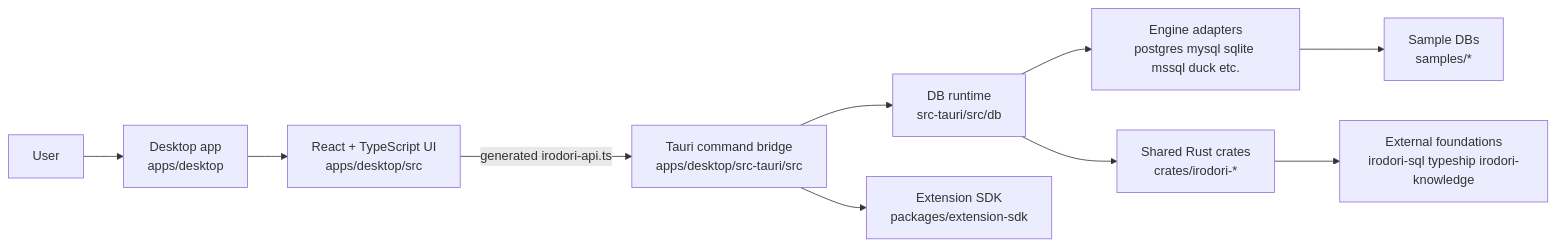
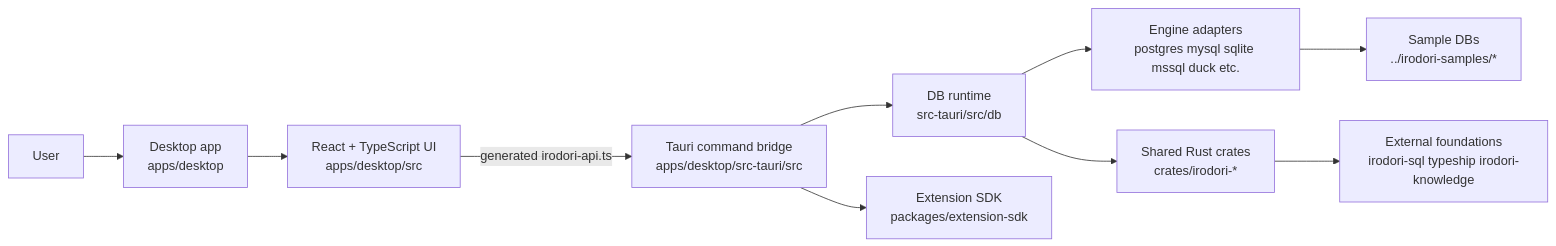
The first of 7 diagrams in docs/implementation-architecture.md (hjosugi/irodori-table), drawn with Mermaid before and after one commit. The commit also changed other lines of this file and 52 other files, not shown here.

````diff
--- a/docs/implementation-architecture.md
+++ b/docs/implementation-architecture.md
@@ -22,23 +22,23 @@
 ```mermaid
 flowchart LR
   user["User"]
   desktop["Desktop app<br/>apps/desktop"]
   frontend["React + TypeScript UI<br/>apps/desktop/src"]
   tauri["Tauri command bridge<br/>apps/desktop/src-tauri/src"]
   db["DB runtime<br/>src-tauri/src/db"]
   adapters["Engine adapters<br/>postgres mysql sqlite mssql duck etc."]
   crates["Shared Rust crates<br/>crates/irodori-*"]
   sdk["Extension SDK<br/>packages/extension-sdk"]
-  samples["Sample DBs<br/>samples/*"]
+  samples["Sample DBs<br/>../irodori-samples/*"]
   external["External foundations<br/>irodori-sql typeship irodori-knowledge"]
 
   user --> desktop
   desktop --> frontend
   frontend -->|"generated irodori-api.ts"| tauri
   tauri --> db
   db --> adapters
   db --> crates
   adapters --> samples
   crates --> external
   tauri --> sdk
 ```
````
